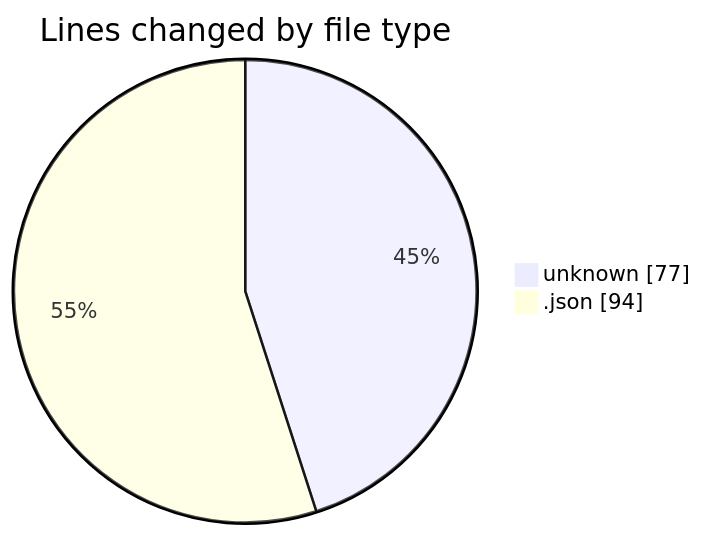
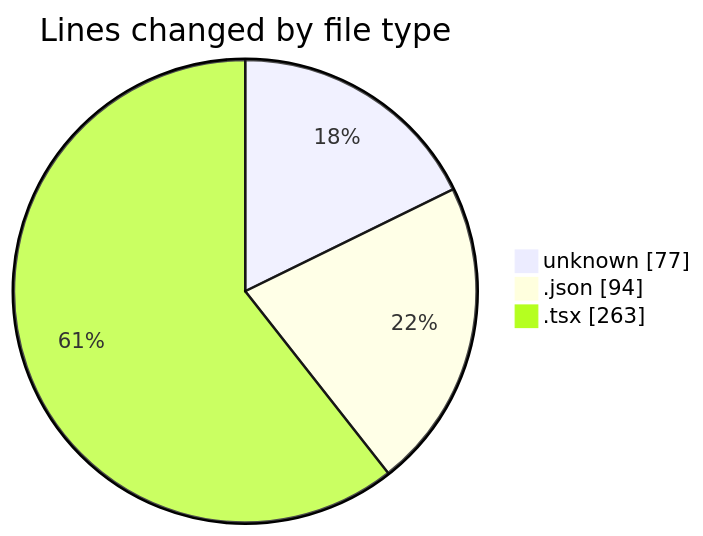
The first of 2 diagrams in 2025-07-24/cohera/README.md (JenPaints/code-tracking), drawn with Mermaid before and after one commit. The commit also changed other lines of this file and 1 other file, not shown here.

````diff
--- a/2025-07-24/cohera/README.md
+++ b/2025-07-24/cohera/README.md
@@ -24,6 +25,7 @@
 ```mermaid
 pie showData
 title Lines changed by file type
 "unknown" : 77
 ".json" : 94
+".tsx" : 263
 ```
````
